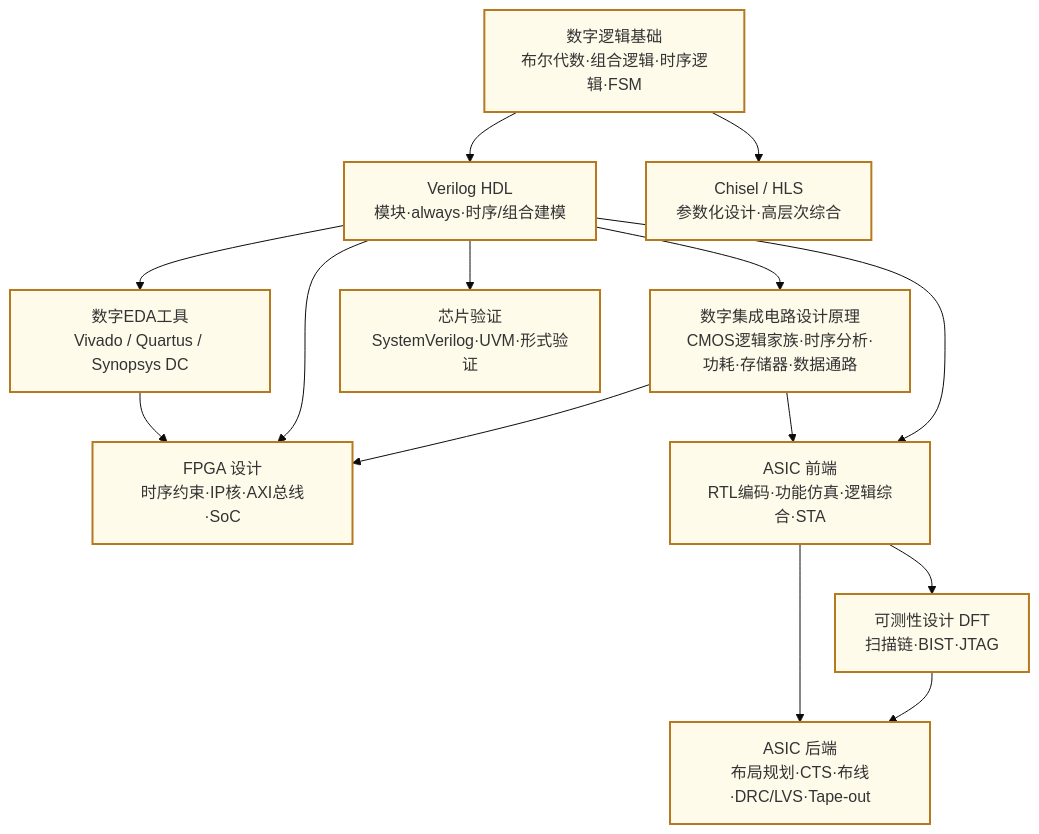
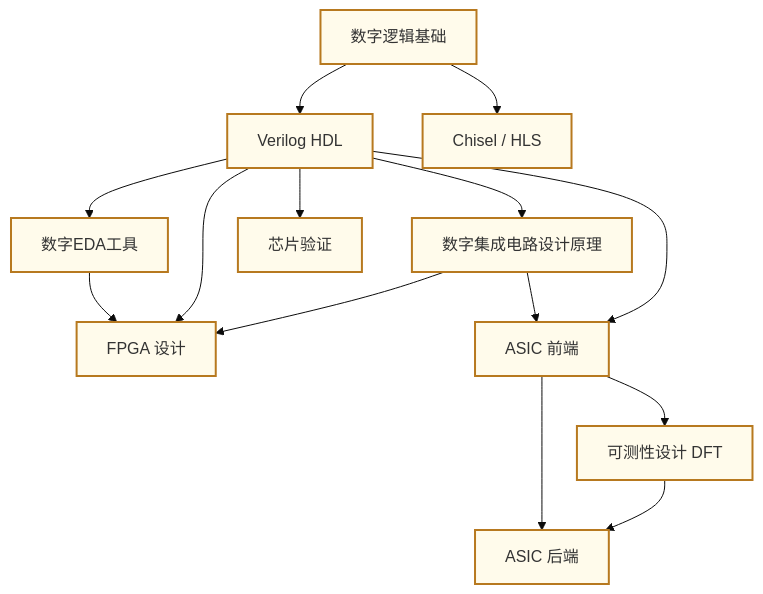
Before and after one commit to Crys-Chen/ic-guide: the second of 6 diagrams in docs/知识谱系.md, drawn with Mermaid (base theme). The commit also changed other lines of this file and 17 other files, not shown here.

````diff
--- a/docs/知识谱系.md
+++ b/docs/知识谱系.md
@@ -87,30 +87,30 @@
 ```mermaid
 graph TB
-    DE["数字逻辑基础\n布尔代数·组合逻辑·时序逻辑·FSM"]
-    HDLv["Verilog HDL\n模块·always·时序/组合建模"]
-    HDLc["Chisel / HLS\n参数化设计·高层次综合"]
-    DEDA["数字EDA工具\nVivado / Quartus / Synopsys DC"]
-    FPGA["FPGA 设计\n时序约束·IP核·AXI总线·SoC"]
-    DIGIC["数字集成电路设计原理\nCMOS逻辑家族·时序分析·功耗·存储器·数据通路"]
-    DFT["可测性设计 DFT\n扫描链·BIST·JTAG"]
-    ASICFE["ASIC 前端\nRTL编码·功能仿真·逻辑综合·STA"]
-    ASICBE["ASIC 后端\n布局规划·CTS·布线·DRC/LVS·Tape-out"]
-    UVM["芯片验证\nSystemVerilog·UVM·形式验证"]
+    DE["数字逻辑基础"]
+    HDLv["Verilog HDL"]
+    HDLc["Chisel / HLS"]
+    DEDA["数字EDA工具"]
+    FPGA["FPGA 设计"]
+    DIGIC["数字集成电路设计原理"]
+    DFT["可测性设计 DFT"]
+    ASICFE["ASIC 前端"]
+    ASICBE["ASIC 后端"]
+    UVM["芯片验证"]
     
     DE --> HDLv
     DE --> HDLc
     HDLv --> DEDA
     HDLv --> DIGIC
     DEDA --> FPGA
     HDLv --> FPGA
     DIGIC --> FPGA
     DIGIC --> ASICFE
     HDLv --> ASICFE
     HDLv --> UVM
     ASICFE --> DFT
     ASICFE --> ASICBE
     DFT --> ASICBE
 
     classDef digital fill:#FFFBEB,stroke:#B7791F,stroke-width:2px
     class DE,HDLv,HDLc,DEDA,FPGA,DIGIC,DFT,ASICFE,ASICBE,UVM digital
 ```
````
